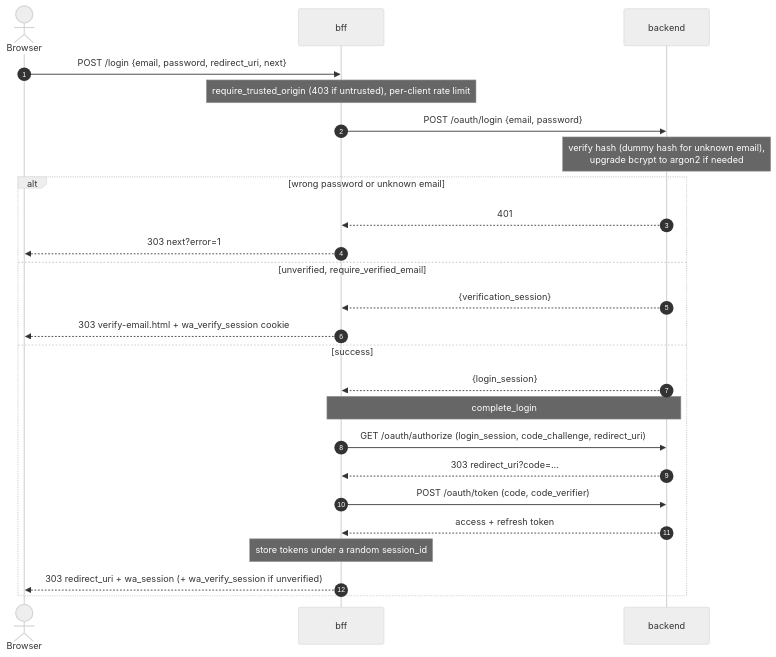
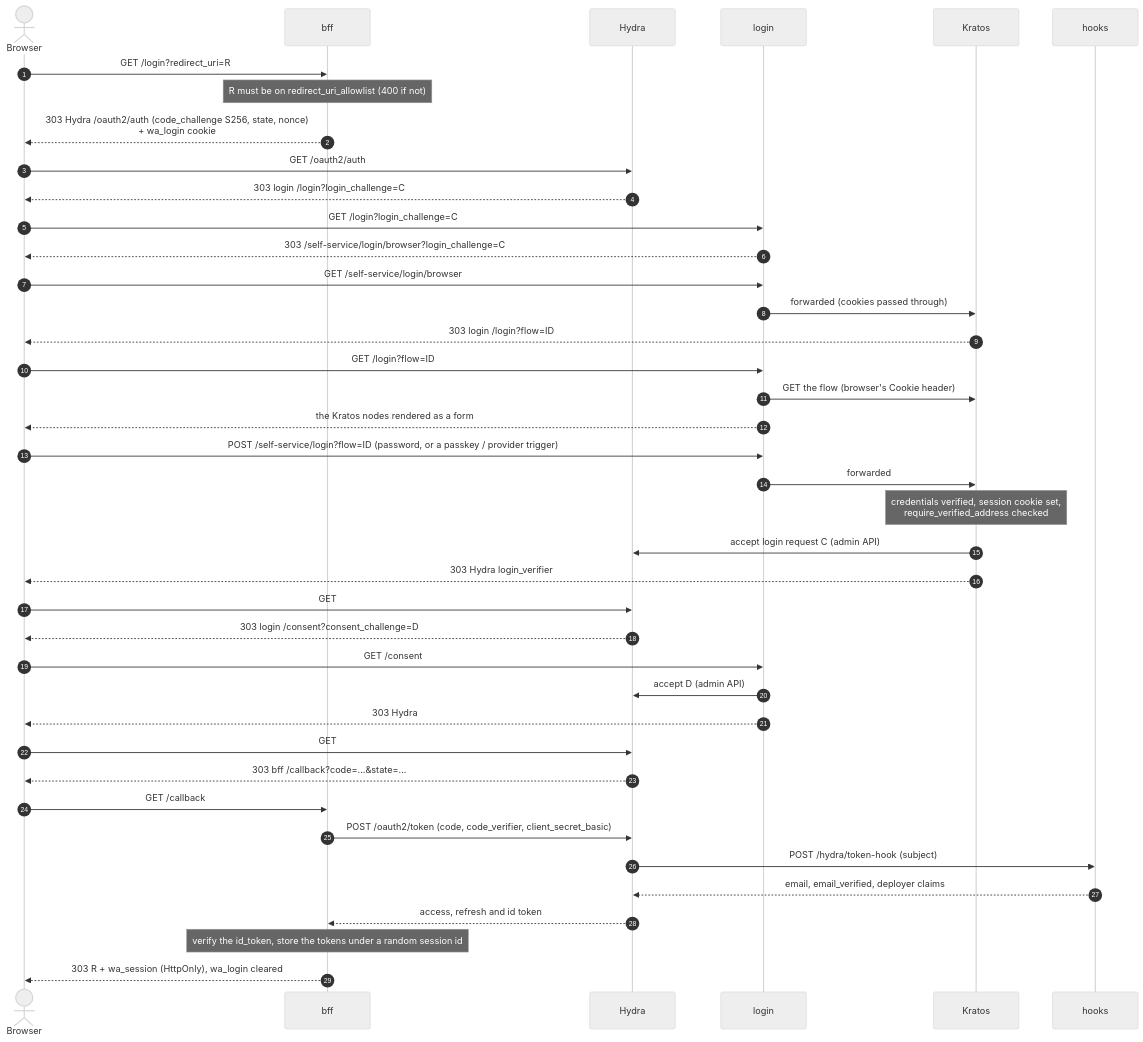
Before and after one commit to sillen102/WeaveAuth: the diagram in docs/flows/login.md, drawn with Mermaid (neutral theme). The commit also changed other lines of this file and 292 other files, not shown here.

Commit message:
refactor: use Ory Kratos and Hydra instead of own implementation for auth

````diff
--- a/docs/flows/login.md
+++ b/docs/flows/login.md
@@ -23,28 +19,43 @@
 ```mermaid
 sequenceDiagram
     autonumber
     actor U as Browser
     participant F as bff
-    participant B as backend
+    participant H as Hydra
+    participant L as login
+    participant K as Kratos
+    participant W as hooks
 
-    U->>F: POST /login {email, password, redirect_uri, next}
-    Note over F: require_trusted_origin (403 if untrusted), per-client rate limit
-    F->>B: POST /oauth/login {email, password}
-    Note over B: verify hash (dummy hash for unknown email),<br/>upgrade bcrypt to argon2 if needed
-    alt wrong password or unknown email
-        B-->>F: 401
-        F-->>U: 303 next?error=1
-    else unverified, require_verified_email
-        B-->>F: {verification_session}
-        F-->>U: 303 verify-email.html + wa_verify_session cookie
-    else success
-        B-->>F: {login_session}
-        Note over F,B: complete_login
-        F->>B: GET /oauth/authorize (login_session, code_challenge, redirect_uri)
-        B-->>F: 303 redirect_uri?code=...
-        F->>B: POST /oauth/token (code, code_verifier)
-        B-->>F: access + refresh token
-        Note over F: store tokens under a random session_id
-        F-->>U: 303 redirect_uri + wa_session (+ wa_verify_session if unverified)
-    end
+    U->>F: GET /login?redirect_uri=R
+    Note over F: R must be on redirect_uri_allowlist (400 if not)
+    F-->>U: 303 Hydra /oauth2/auth (code_challenge S256, state, nonce)<br/>+ wa_login cookie
+    U->>H: GET /oauth2/auth
+    H-->>U: 303 login /login?login_challenge=C
+    U->>L: GET /login?login_challenge=C
+    L-->>U: 303 /self-service/login/browser?login_challenge=C
+    U->>L: GET /self-service/login/browser
+    L->>K: forwarded (cookies passed through)
+    K-->>U: 303 login /login?flow=ID
+    U->>L: GET /login?flow=ID
+    L->>K: GET the flow (browser's Cookie header)
+    L-->>U: the Kratos nodes rendered as a form
+    U->>L: POST /self-service/login?flow=ID (password, or a passkey / provider trigger)
+    L->>K: forwarded
+    Note over K: credentials verified, session cookie set,<br/>require_verified_address checked
+    K->>H: accept login request C (admin API)
+    K-->>U: 303 Hydra login_verifier
+    U->>H: GET
+    H-->>U: 303 login /consent?consent_challenge=D
+    U->>L: GET /consent
+    L->>H: accept D (admin API)
+    L-->>U: 303 Hydra
+    U->>H: GET
+    H-->>U: 303 bff /callback?code=...&state=...
+    U->>F: GET /callback
+    F->>H: POST /oauth2/token (code, code_verifier, client_secret_basic)
+    H->>W: POST /hydra/token-hook (subject)
+    W-->>H: email, email_verified, deployer claims
+    H-->>F: access, refresh and id token
+    Note over F: verify the id_token, store the tokens under a random session id
+    F-->>U: 303 R + wa_session (HttpOnly), wa_login cleared
 ```
````
